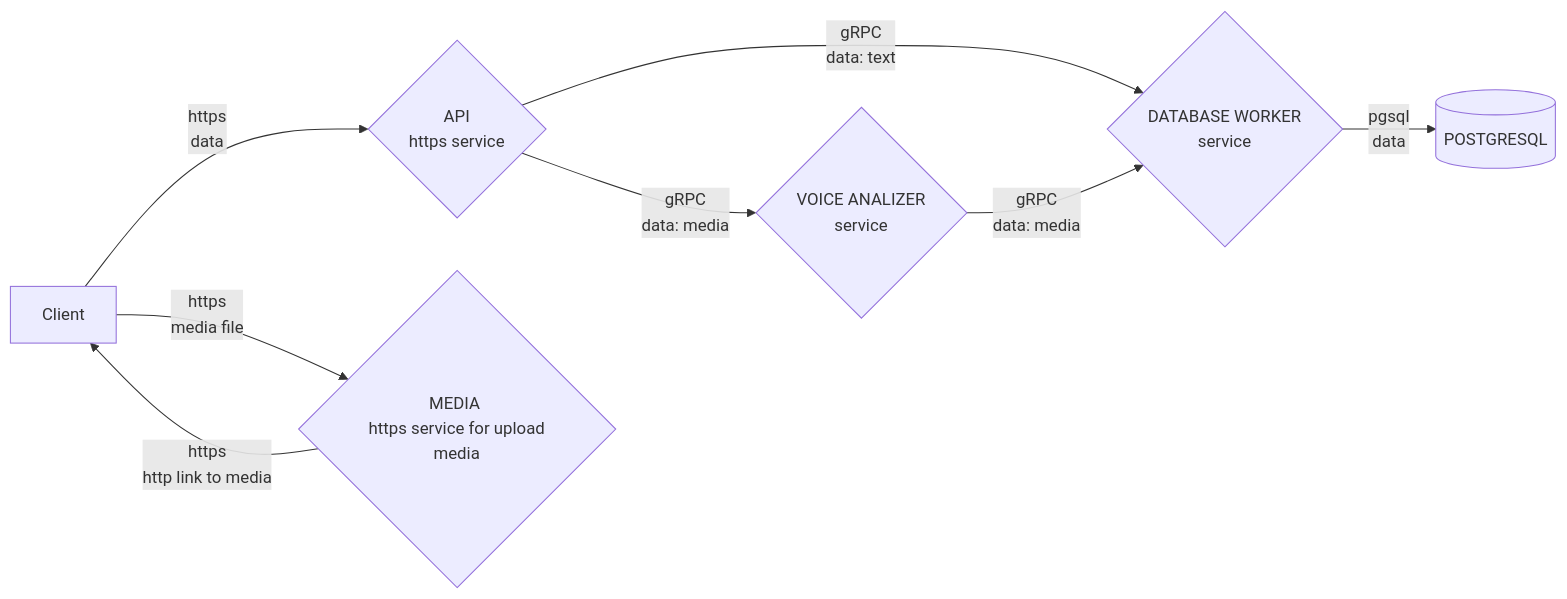
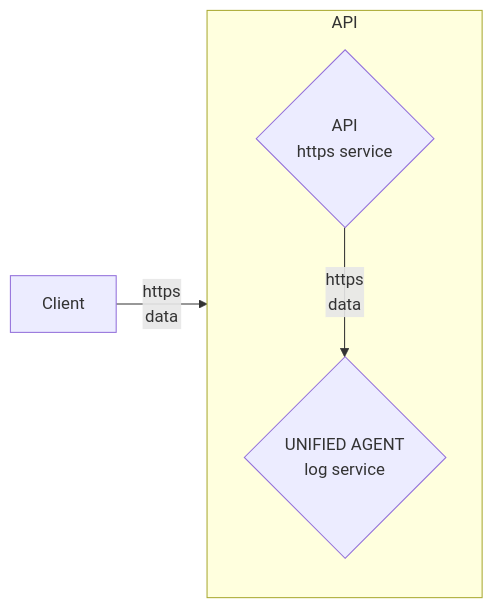
The diagram in README.md (azchatlanin/yoptachat), drawn with Mermaid before and after one commit. The commit also changed other lines of this file and 16 other files, not shown here.

````diff
--- a/README.md
+++ b/README.md
@@ -6,13 +6,8 @@
 ```mermaid
-graph LR
+flowchart LR
 
-CLIENT[Client] -- https <br/> data --> HTTPS{API <br/> https service}
-CLIENT[Client] -- https <br/> media file --> MEDIA{MEDIA <br/> https service for upload media}
-MEDIA -- https <br/> http link to media--> CLIENT
-
-HTTPS -- gRPC <br/> data: text --> DATABASE_WORKER{DATABASE WORKER <br/> service}
-DATABASE_WORKER -- pgsql <br/> data --> DATABASE_INSTANCE[(POSTGRESQL)]
-
-HTTPS -- gRPC <br/> data: media --> VOICE_ANALIZER{VOICE ANALIZER <br/> service}
-VOICE_ANALIZER -- gRPC <br/> data: media --> DATABASE_WORKER{DATABASE WORKER <br/> service}
+subgraph API
+  HTTPS{API <br/> https service} -- https <br/> data --> UNIFIED_AGENT{UNIFIED AGENT <br/> log service}
+end
+CLIENT[Client] -- https <br/> data --> API
 ```
````
